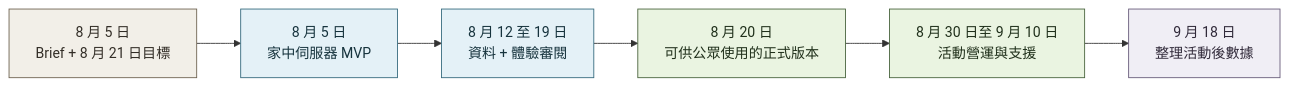
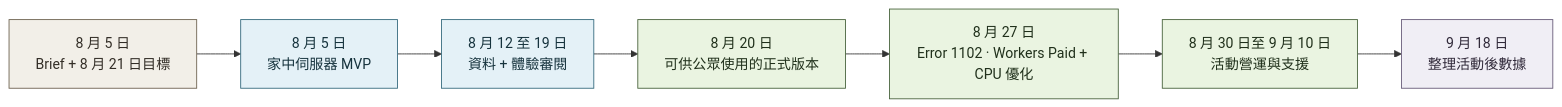
Before and after one commit to jackyngtf/wellness-village-event-platform: the diagram in docs/diagrams/delivery-evolution.zh-Hant.mmd, drawn with Mermaid. The commit also changed 147 other files, not shown here.

```diff
--- a/docs/diagrams/delivery-evolution.zh-Hant.mmd
+++ b/docs/diagrams/delivery-evolution.zh-Hant.mmd
@@ -1,22 +1,24 @@
 flowchart LR
     BRIEF["8 月 5 日<br/>Brief + 8 月 21 日目標"]
     MVP["8 月 5 日<br/>家中伺服器 MVP"]
     ITERATE["8 月 12 至 19 日<br/>資料 + 體驗審閱"]
     RELEASE["8 月 20 日<br/>可供公眾使用的正式版本"]
+    HARDEN["8 月 27 日<br/>Error 1102 · Workers Paid + CPU 優化"]
     OPERATE["8 月 30 日至 9 月 10 日<br/>活動營運與支援"]
     EVIDENCE["9 月 18 日<br/>整理活動後數據"]
 
     BRIEF --> MVP
     MVP --> ITERATE
     ITERATE --> RELEASE
-    RELEASE --> OPERATE
+    RELEASE --> HARDEN
+    HARDEN --> OPERATE
     OPERATE --> EVIDENCE
 
     classDef planning fill:#f2efe8,stroke:#6d6250,color:#332e27
     classDef preview fill:#e4f1f7,stroke:#356a7d,color:#16333d
     classDef delivery fill:#eaf4e1,stroke:#48633c,color:#20301b
     classDef evidence fill:#f0eef5,stroke:#675b79,color:#312a3a
     class BRIEF planning
     class MVP,ITERATE preview
-    class RELEASE,OPERATE delivery
+    class RELEASE,HARDEN,OPERATE delivery
     class EVIDENCE evidence
```
